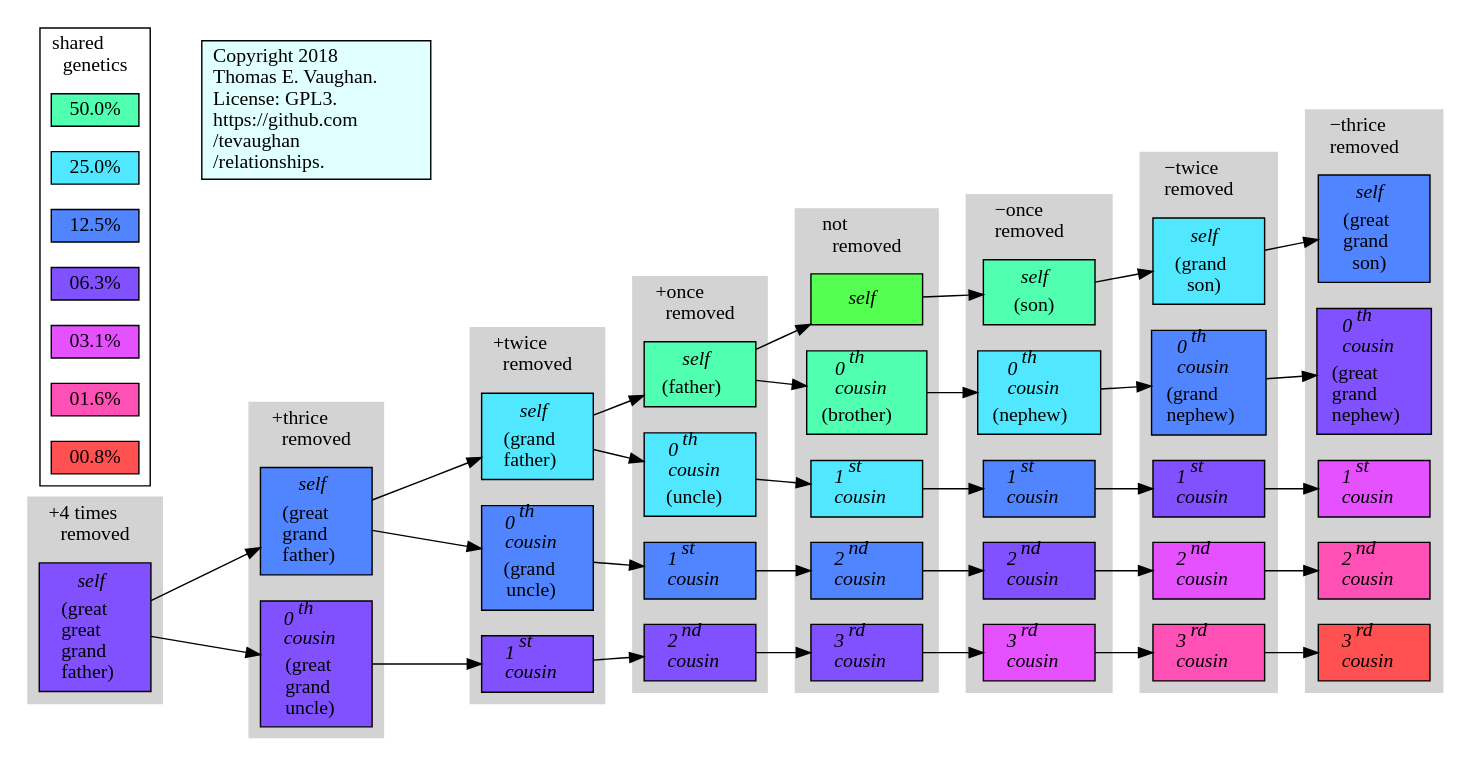
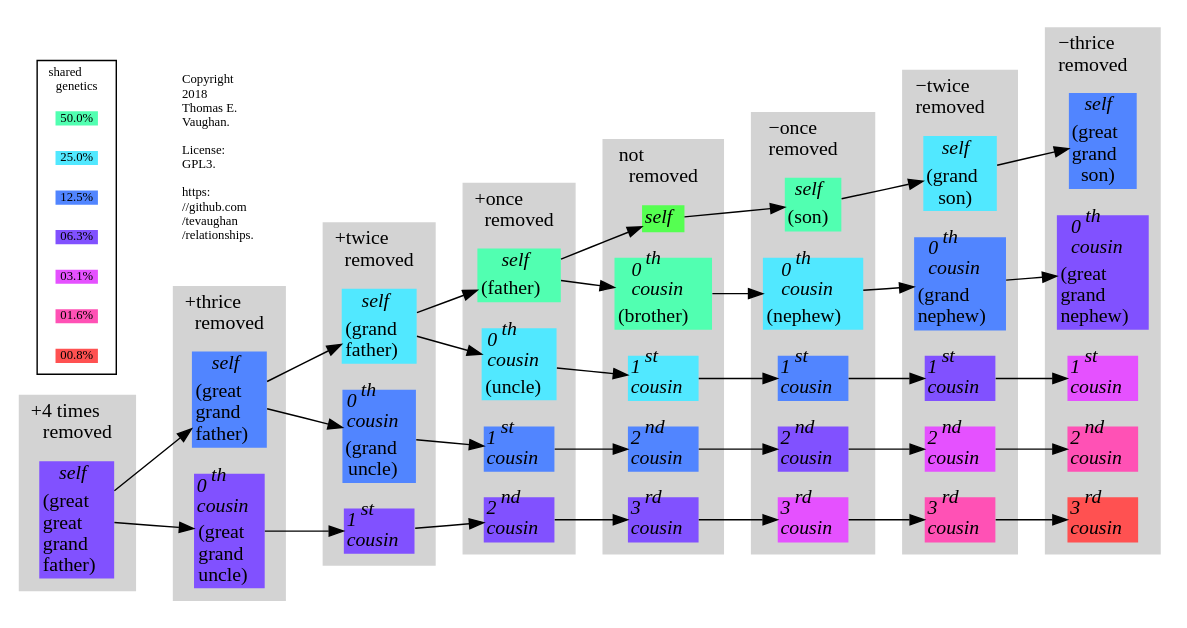
Before and after one commit to tevaughan/relationships: the diagram in relations.dot, drawn with Graphviz. The commit also changed 1 other file, not shown here.

Commit message:
Simplest horizontal layout, legend, copyright.

```diff
--- a/relations.dot
+++ b/relations.dot
@@ -1,199 +1,198 @@
 
 // Copyright 2018 Thomas E. Vaughan
 // See LICENSE.
 
 digraph G {
   rankdir="LR"
-  node [shape=rectangle width=1.1 style=filled];
-
-  subgraph self {
-  ggGf -> gGf -> Gf    -> f     -> m   -> s     -> Gs    -> gGs;
-  }
+  node [shape=plain style=filled];
 
   subgraph cluster_rp4 {
     style=filled
     color=lightgray
     label="+4 times\lremoved"
     ggGf
   }
 
   subgraph cluster_rp3 {
     style=filled
     color=lightgray
     label="+thrice\lremoved"
     gGf; gGu
   }
 
   subgraph cluster_rp2 {
     style=filled
     color=lightgray
     label="+twice\lremoved"
     Gf; Gu; fcp2r
   }
 
   subgraph cluster_rp1  {
     style=filled;
     color=lightgray;
     label="+once\lremoved"
     f; u; fcp1r; scp1r
   }
 
   subgraph cluster_r0 {
     style=filled;
     color=lightgray;
     label="not\lremoved"
     m; b; fc; sc; thc
   }
 
   subgraph cluster_rn1 {
     style=filled;
     color=lightgray;
     label=<&#8722;once<br align="left"/>removed>
     s; n; fc1r; sc1r; thc1r
   }
 
   subgraph cluster_rn2 {
     style=filled;
     color=lightgray;
     label=<&#8722;twice<br align="left"/>removed>
     Gs; Gn; fc2r; sc2r; thc2r
   }
 
   subgraph cluster_rn3 {
     style=filled;
     color=lightgray;
     label=<&#8722;thrice<br align="left"/>removed>
     gGs; gGn; fc3r; sc3r; thc3r
   }
 
+  ggGf -> gGf -> Gf    -> f     -> m   -> s     -> Gs    -> gGs;
   ggGf -> gGu -> fcp2r -> scp1r -> thc -> thc1r -> thc2r -> thc3r;
           gGf -> Gu    -> fcp1r -> sc  -> sc1r  -> sc2r  -> sc3r;
                  Gf    -> u     -> fc  -> fc1r  -> fc2r  -> fc3r;
                           f     -> b   -> n     -> Gn    -> gGn;
 
   ggGf [label=<<font><table border="0" cellspacing="0" cellborder="0">
                <tr><td align="center"><i>self</i></td></tr>
                <tr><td align="center">(great<br align="left"/>great<br
                align="left"/>grand<br align="left"/>father)</td></tr>
                </table></font>>, fillcolor="#8151ff"];
    gGf [label=<<font><table border="0" cellspacing="0" cellborder="0">
                <tr><td align="center"><i>self</i></td></tr>
                <tr><td align="center">(great<br align="left"/>grand<br align="left"/>father)</td></tr>
                </table></font>>, fillcolor="#5185ff"];
     Gf [label=<<font><table border="0" cellspacing="0" cellborder="0">
                <tr><td align="center"><i>self</i></td></tr>
                <tr><td align="center">(grand<br align="left"/>father)</td></tr>
                </table></font>>, fillcolor="#51e8ff"];
      f [label=<<font><table border="0" cellspacing="0" cellborder="0">
                <tr><td align="center"><i>self</i></td></tr>
                <tr><td align="center">(father)</td></tr>
                </table></font>>, fillcolor="#51ffb1"];
      m [label=<<font><table border="0" cellspacing="0" cellborder="0">
                <tr><td align="center"><i>self</i></td></tr>
                </table></font>>, fillcolor="#55ff51"];
      s [label=<<font><table border="0" cellspacing="0" cellborder="0">
                <tr><td align="center"><i>self</i></td></tr>
                <tr><td align="center">(son)</td></tr>
                </table></font>>, fillcolor="#51ffb1"];
     Gs [label=<<font><table border="0" cellspacing="0" cellborder="0">
                <tr><td align="center"><i>self</i></td></tr>
                <tr><td align="center">(grand<br align="left"/>son)</td></tr>
                </table></font>>, fillcolor="#51e8ff"];
    gGs [label=<<font><table border="0" cellspacing="0" cellborder="0">
                <tr><td align="center"><i>self</i></td></tr>
                <tr><td align="center">(great<br align="left"/>grand<br align="left"/>son)</td></tr>
                </table></font>>, fillcolor="#5185ff"];
 
    gGu [label=<<font><table border="0" cellspacing="0" cellborder="0">
                <tr><td align="center"><i>0<sup>th</sup><br align="left"/>cousin</i></td></tr>
                <tr><td align="center">(great<br align="left"/>grand<br align="left"/>uncle)</td></tr>
                </table></font>>, fillcolor="#8151ff"];
  fcp2r [label=<<font><table border="0" cellspacing="0" cellborder="0">
                <tr><td align="center"><i>1<sup>st</sup><br align="left"/>cousin</i></td></tr>
                </table></font>>, fillcolor="#8151ff"];
  scp1r [label=<<font><table border="0" cellspacing="0" cellborder="0">
                <tr><td align="center"><i>2<sup>nd</sup><br align="left"/>cousin</i></td></tr>
                </table></font>>, fillcolor="#8151ff"];
    thc [label=<<font><table border="0" cellspacing="0" cellborder="0">
                <tr><td align="center"><i>3<sup>rd</sup><br align="left"/>cousin</i></td></tr>
                </table></font>>, fillcolor="#8151ff"];
  thc1r [label=<<font><table border="0" cellspacing="0" cellborder="0">
                <tr><td align="center"><i>3<sup>rd</sup><br align="left"/>cousin</i></td></tr>
                </table></font>>, fillcolor="#e551ff"];
  thc2r [label=<<font><table border="0" cellspacing="0" cellborder="0">
                <tr><td align="center"><i>3<sup>rd</sup><br align="left"/>cousin</i></td></tr>
                </table></font>>, fillcolor="#ff51b5"];
  thc3r [label=<<font><table border="0" cellspacing="0" cellborder="0">
                <tr><td align="center"><i>3<sup>rd</sup><br align="left"/>cousin</i></td></tr>
                </table></font>>, fillcolor="#ff5151"];
 
     Gu [label=<<font><table border="0" cellspacing="0" cellborder="0">
               <tr><td align="center"><i>0<sup>th</sup><br align="left"/>cousin</i></td></tr>
               <tr><td align="center">(grand<br align="left"/>uncle)</td></tr>
               </table></font>>, fillcolor="#5185ff"];
  fcp1r [label=<<font><table border="0" cellspacing="0" cellborder="0">
                <tr><td align="center"><i>1<sup>st</sup><br align="left"/>cousin</i></td></tr>
                </table></font>>, fillcolor="#5185ff"];
     sc [label=<<font><table border="0" cellspacing="0" cellborder="0">
                <tr><td align="center"><i>2<sup>nd</sup><br align="left"/>cousin</i></td></tr>
                </table></font>>, fillcolor="#5185ff"];
   sc1r [label=<<font><table border="0" cellspacing="0" cellborder="0">
                <tr><td align="center"><i>2<sup>nd</sup><br align="left"/>cousin</i></td></tr>
                </table></font>>, fillcolor="#8151ff"];
   sc2r [label=<<font><table border="0" cellspacing="0" cellborder="0">
                <tr><td align="center"><i>2<sup>nd</sup><br align="left"/>cousin</i></td></tr>
                </table></font>>, fillcolor="#e551ff"];
   sc3r [label=<<font><table border="0" cellspacing="0" cellborder="0">
                <tr><td align="center"><i>2<sup>nd</sup><br align="left"/>cousin</i></td></tr>
                </table></font>>, fillcolor="#ff51b5"];
 
      u [label=<<font><table border="0" cellspacing="0" cellborder="0">
                <tr><td align="center"><i>0<sup>th</sup><br align="left"/>cousin</i></td></tr>
                <tr><td align="center">(uncle)</td></tr>
                </table></font>>, fillcolor="#51e8ff"];
     fc [label=<<font><table border="0" cellspacing="0" cellborder="0">
                <tr><td align="center"><i>1<sup>st</sup><br align="left"/>cousin</i></td></tr>
                </table></font>>, fillcolor="#51e8ff"];
   fc1r [label=<<font><table border="0" cellspacing="0" cellborder="0">
                <tr><td align="center"><i>1<sup>st</sup><br align="left"/>cousin</i></td></tr>
                </table></font>>, fillcolor="#5185ff"];
   fc2r [label=<<font><table border="0" cellspacing="0" cellborder="0">
                <tr><td align="center"><i>1<sup>st</sup><br align="left"/>cousin</i></td></tr>
                </table></font>>, fillcolor="#8151ff"];
   fc3r [label=<<font><table border="0" cellspacing="0" cellborder="0">
                <tr><td align="center"><i>1<sup>st</sup><br align="left"/>cousin</i></td></tr>
                </table></font>>, fillcolor="#e551ff"];
 
      b [label=<<font><table border="0" cellspacing="0" cellborder="0">
                <tr><td align="center"><i>0<sup>th</sup><br align="left"/>cousin</i></td></tr>
                <tr><td align="center">(brother)</td></tr>
                </table></font>>, fillcolor="#51ffb1"];
      n [label=<<font><table border="0" cellspacing="0" cellborder="0">
                <tr><td align="center"><i>0<sup>th</sup><br align="left"/>cousin</i></td></tr>
                <tr><td align="center">(nephew)</td></tr>
                </table></font>>, fillcolor="#51e8ff"];
     Gn [label=<<font><table border="0" cellspacing="0" cellborder="0">
                <tr><td align="center"><i>0<sup>th</sup><br align="left"/>cousin</i></td></tr>
                <tr><td align="center">(grand<br align="left"/>nephew)</td></tr>
                </table></font>>, fillcolor="#5185ff"];
    gGn [label=<<font><table border="0" cellspacing="0" cellborder="0">
                <tr><td align="center"><i>0<sup>th</sup><br align="left"/>cousin</i></td></tr>
                <tr><td align="center">(great<br align="left"/>grand<br align="left"/>nephew)</td></tr>
                </table></font>>, fillcolor="#8151ff"];
 
   subgraph cluster_relation {
+    fontsize=9
     label="shared\lgenetics"
-    node [shape=rectangle width=0.4 height=0.2 style=filled];
+    node [shape=plain style=filled fontsize=9];
     r1 [label="50.0%", fillcolor="#51ffb1"];
     r2 [label="25.0%", fillcolor="#51e8ff"];
     r3 [label="12.5%", fillcolor="#5185ff"];
     r4 [label="06.3%", fillcolor="#8151ff"];
     r5 [label="03.1%", fillcolor="#e551ff"];
     r6 [label="01.6%", fillcolor="#ff51b5"];
     r7 [label="00.8%", fillcolor="#ff5151"];
   }
 
-  notice [fillcolor=lightcyan label="Copyright 2018\lThomas E. Vaughan.\lLicense: GPL3.\lhttps://github.com\l/tevaughan\l/relationships.\l"]
+  notice [fontsize=9 fillcolor=white
+  label="Copyright\l2018\lThomas E.\lVaughan.\l\lLicense:\lGPL3.\l\lhttps:\l//github.com\l/tevaughan\l/relationships.\l"]
 
-  r1 -> notice [style=invis];
+  r2 -> notice [style=invis];
 }
```
